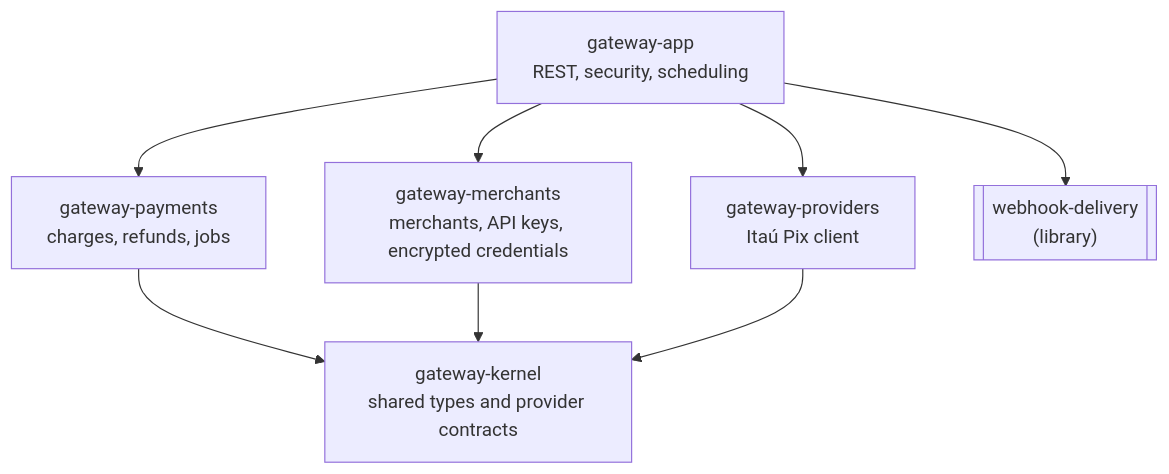
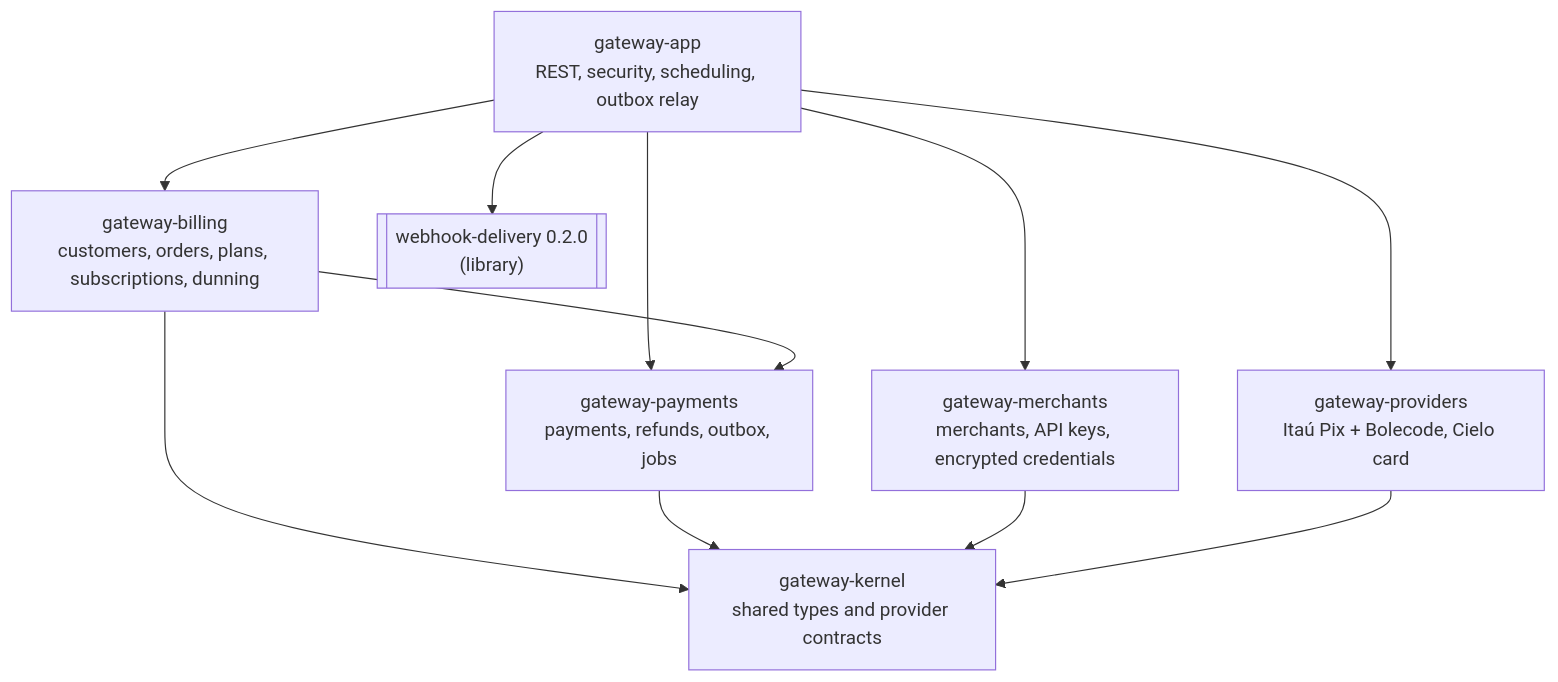
One commit to leonardolermen/payment-gateway changed the diagram in docs/diagrams/modules.mmd. Above: the diagram before and after it, drawn with Mermaid. The commit also changed 14 other files, not shown here.

Commit message:
docs: architecture, diagrams and README catch up with billing, card and webhook deliveries

```diff
--- a/docs/diagrams/modules.mmd
+++ b/docs/diagrams/modules.mmd
@@ -1,15 +1,19 @@
 flowchart TB
-  APP["gateway-app<br/>REST, security, scheduling"]
-  PAY["gateway-payments<br/>charges, refunds, jobs"]
+  APP["gateway-app<br/>REST, security, scheduling, outbox relay"]
+  BIL["gateway-billing<br/>customers, orders, plans, subscriptions, dunning"]
+  PAY["gateway-payments<br/>payments, refunds, outbox, jobs"]
   MER["gateway-merchants<br/>merchants, API keys, encrypted credentials"]
-  PROV["gateway-providers<br/>Itaú Pix client"]
+  PROV["gateway-providers<br/>Itaú Pix + Bolecode, Cielo card"]
   KER["gateway-kernel<br/>shared types and provider contracts"]
-  WD[["webhook-delivery<br/>(library)"]]
+  WD[["webhook-delivery 0.2.0<br/>(library)"]]
 
+  APP --> BIL
   APP --> PAY
   APP --> MER
   APP --> PROV
   APP --> WD
+  BIL --> PAY
+  BIL --> KER
   PAY --> KER
   MER --> KER
   PROV --> KER
```
